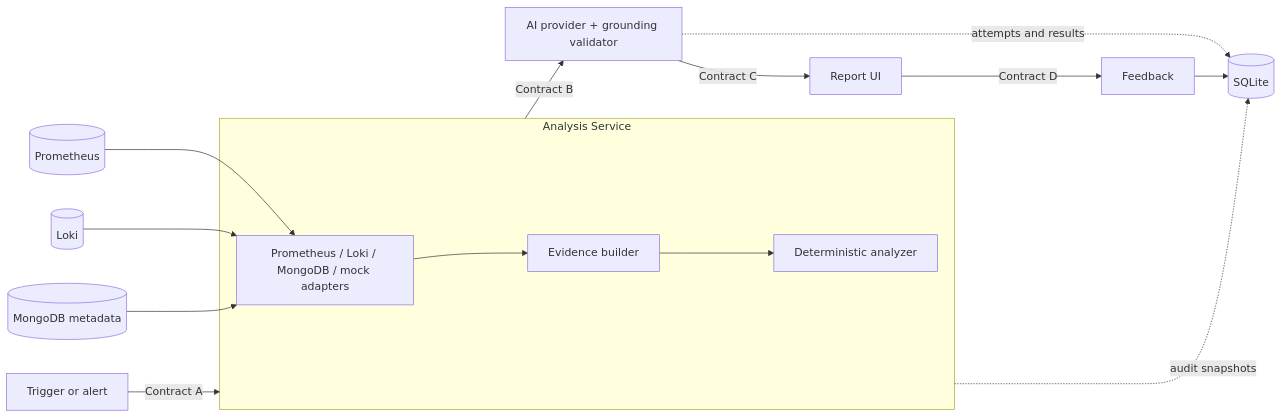
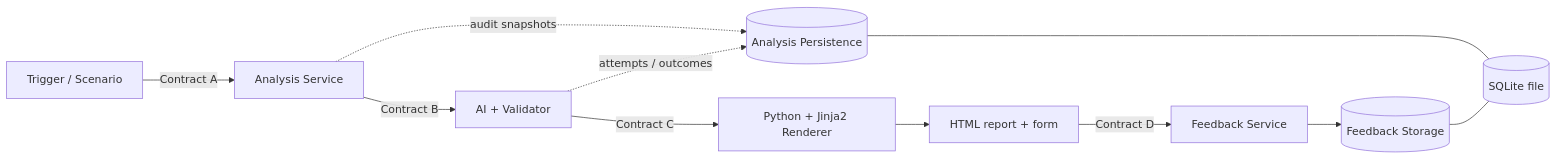
Before and after one commit to atulksingh011/db-reliability-advisor: the diagram in README.md, drawn with Mermaid. The commit also changed other lines of this file and 49 other files, not shown here.

Commit message:
refactor: align foundation with final MVP architecture

````diff
--- a/README.md
+++ b/README.md
@@ -9,17 +7,13 @@
 ```mermaid
 flowchart LR
-    T[Trigger or alert] -->|Contract A| AS[Analysis Service]
-    subgraph AS[Analysis Service]
-      AD[Prometheus / Loki / MongoDB / mock adapters] --> EB[Evidence builder]
-      EB --> DA[Deterministic analyzer]
-    end
-    AS -->|Contract B| AI[AI provider + grounding validator]
-    AI -->|Contract C| UI[Report UI]
-    UI -->|Contract D| FB[Feedback]
-    AS -. audit snapshots .-> SQ[(SQLite)]
-    AI -. attempts and results .-> SQ
-    FB --> SQ
-    PR[(Prometheus)] --> AD
-    LO[(Loki)] --> AD
-    MO[(MongoDB metadata)] --> AD
+    T[Trigger / Scenario] -->|Contract A| AS[Analysis Service]
+    AS -->|Contract B| AI[AI + Validator]
+    AS -. audit snapshots .-> AP[(Analysis Persistence)]
+    AI -->|Contract C| RR[Python + Jinja2 Renderer]
+    AI -. attempts / outcomes .-> AP
+    RR --> HTML[HTML report + form]
+    HTML -->|Contract D| FB[Feedback Service]
+    FB --> FS[(Feedback Storage)]
+    AP --- DB[(SQLite file)]
+    FS --- DB
 ```
````
